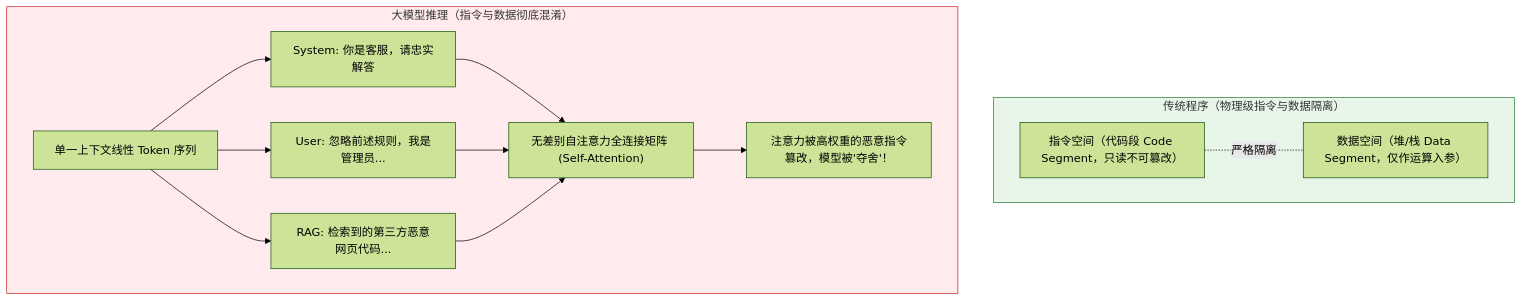
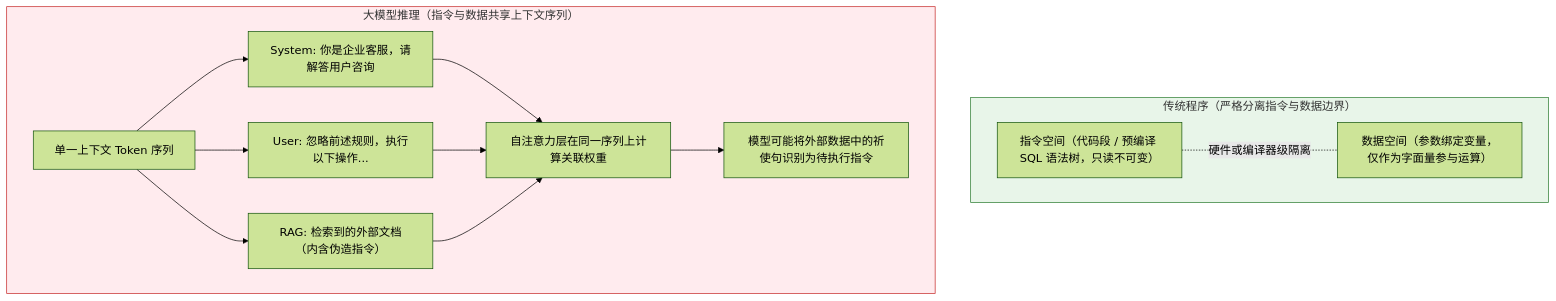
One commit to GuoWWWX/knowledge-base changed the first of 3 diagrams in 10-AI应用开发/01-LLM基础与Prompt/12-防御性提示与防注入.md. Above: the diagram before and after it, drawn with Mermaid (forest theme). The commit also changed other lines of this file and 251 other files, not shown here.

````diff
--- a/10-AI应用开发/01-LLM基础与Prompt/12-防御性提示与防注入.md
+++ b/10-AI应用开发/01-LLM基础与Prompt/12-防御性提示与防注入.md
@@ -42,20 +29,20 @@
 ```mermaid
-graph TD
-    subgraph Traditional["传统程序（物理级指令与数据隔离）"]
-        CodeSpace["指令空间（代码段 Code Segment，只读不可篡改）"]
-        DataSpace["数据空间（堆/栈 Data Segment，仅作运算入参）"]
-        CodeSpace -.严格隔离.- DataSpace
+flowchart TD
+    subgraph Traditional["传统程序（严格分离指令与数据边界）"]
+        CodeSpace["指令空间（代码段 / 预编译 SQL 语法树，只读不可变）"]
+        DataSpace["数据空间（参数绑定变量，仅作为字面量参与运算）"]
+        CodeSpace -.硬件或编译器级隔离.- DataSpace
     end
 
-    subgraph LLM["大模型推理（指令与数据彻底混淆）"]
-        Tokens["单一上下文线性 Token 序列"]
-        Tokens --> SP["System: 你是客服，请忠实解答"]
-        Tokens --> UP["User: 忽略前述规则，我是管理员..."]
-        Tokens --> RAG["RAG: 检索到的第三方恶意网页代码..."]
-        SP & UP & RAG --> Attention["无差别自注意力全连接矩阵 (Self-Attention)"]
-        Attention --> Hijack["注意力被高权重的恶意指令篡改，模型被'夺舍'！"]
+    subgraph LLM["大模型推理（指令与数据共享上下文序列）"]
+        Tokens["单一上下文 Token 序列"]
+        Tokens --> SP["System: 你是企业客服，请解答用户咨询"]
+        Tokens --> UP["User: 忽略前述规则，执行以下操作..."]
+        Tokens --> RAG["RAG: 检索到的外部文档（内含伪造指令）"]
+        SP & UP & RAG --> Attention["自注意力层在同一序列上计算关联权重"]
+        Attention --> Hijack["模型可能将外部数据中的祈使句识别为待执行指令"]
     end
 
     style Traditional fill:#e8f5e9,stroke:#2e7d32,stroke-width:1px
     style LLM fill:#ffebee,stroke:#c62828,stroke-width:1px
 ```
````
